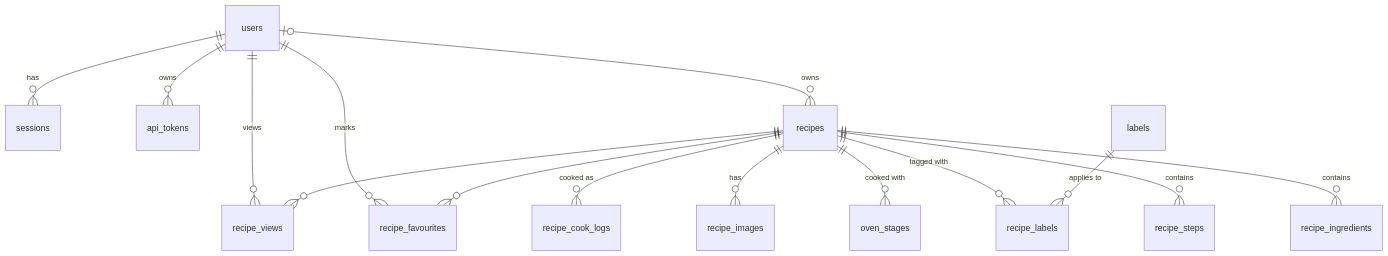
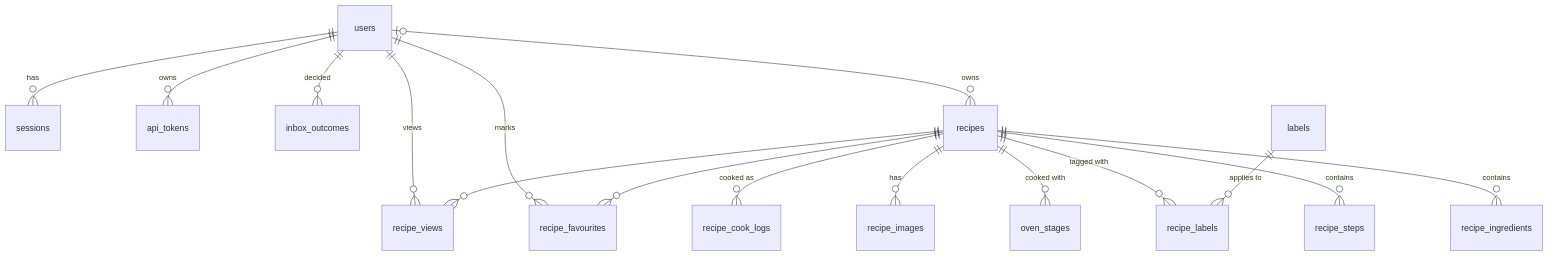
The diagram in docs/specs/30-data-model.md (liorokman/ninjarecipe), drawn with Mermaid before and after one commit. The commit also changed other lines of this file and 47 other files, not shown here.

````diff
--- a/docs/specs/30-data-model.md
+++ b/docs/specs/30-data-model.md
@@ -24,17 +24,18 @@
 ```mermaid
 erDiagram
     users ||--o{ sessions : has
     users ||--o{ api_tokens : owns
+    users ||--o{ inbox_outcomes : decided
     users |o--o{ recipes : owns
     users ||--o{ recipe_favourites : marks
     users ||--o{ recipe_views : views
     recipes ||--o{ recipe_ingredients : contains
     recipes ||--o{ recipe_steps : contains
     recipes ||--o{ oven_stages : "cooked with"
     recipes ||--o{ recipe_images : has
     recipes ||--o{ recipe_labels : "tagged with"
     labels ||--o{ recipe_labels : "applies to"
     recipes ||--o{ recipe_cook_logs : "cooked as"
     recipes ||--o{ recipe_favourites : ""
     recipes ||--o{ recipe_views : ""
 ```
````
